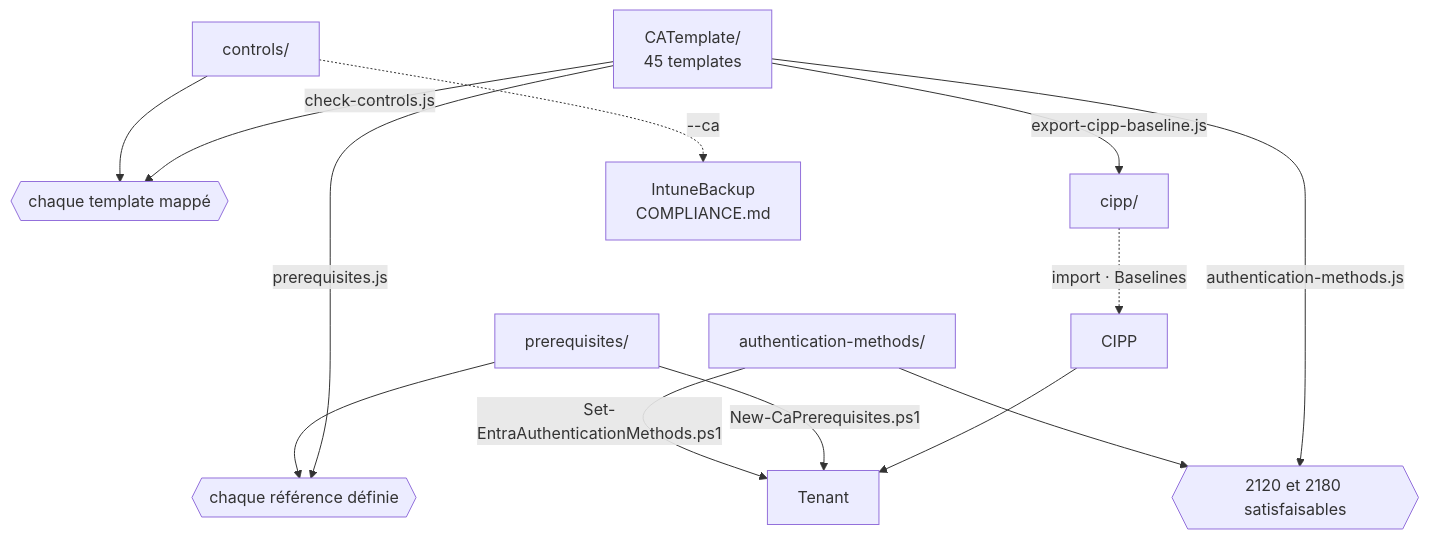
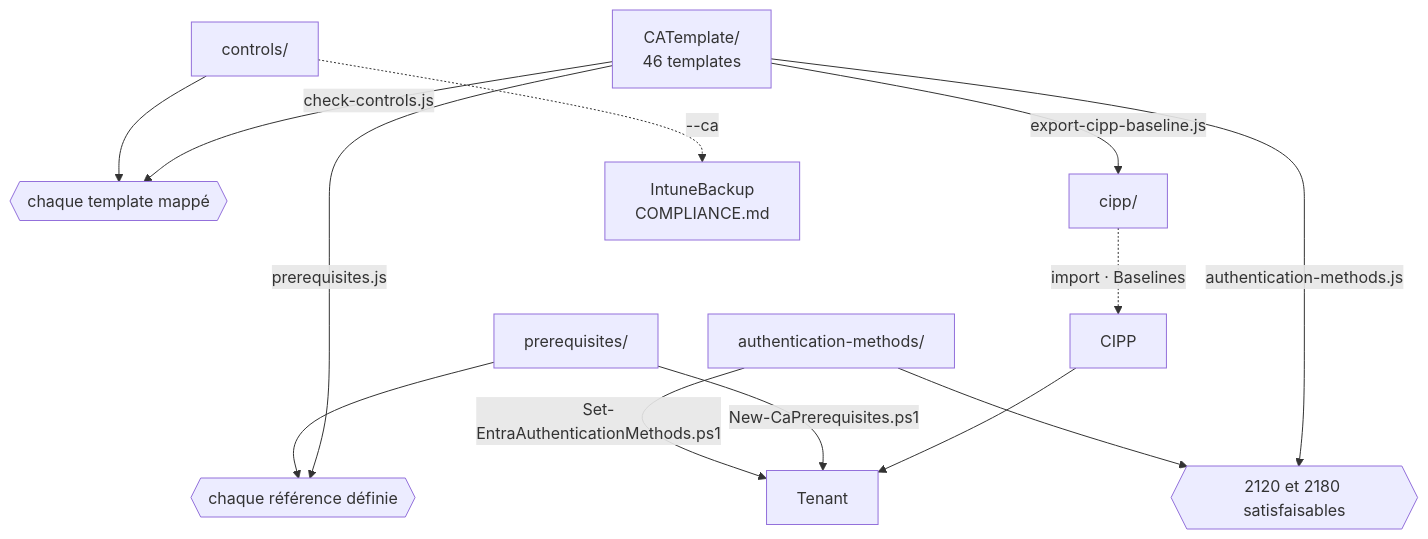
Before and after one commit to sjkanon/CA-Policies: the diagram in scripts/README.fr.md, drawn with Mermaid. The commit also changed 24 other files, not shown here.

````diff
--- a/scripts/README.fr.md
+++ b/scripts/README.fr.md
@@ -9,19 +9,19 @@
 ```mermaid
 flowchart TD
-  T["CATemplate/<br/>45 templates"]
+  T["CATemplate/<br/>46 templates"]
   P["prerequisites/"]
   A["authentication-methods/"]
   C["controls/"]
   T -->|prerequisites.js| CHK1{{"chaque référence définie"}}
   P --> CHK1
   T -->|check-controls.js| CHK2{{"chaque template mappé"}}
   C --> CHK2
   T -->|authentication-methods.js| CHK3{{"2120 et 2180 satisfaisables"}}
   A --> CHK3
   T -->|export-cipp-baseline.js| X["cipp/"]
   X -.->|import · Baselines| CIPP["CIPP"]
   CIPP --> TEN["Tenant"]
   P -->|New-CaPrerequisites.ps1| TEN
   A -->|Set-EntraAuthenticationMethods.ps1| TEN
   C -.->|--ca| IB["IntuneBackup<br/>COMPLIANCE.md"]
 ```
````
